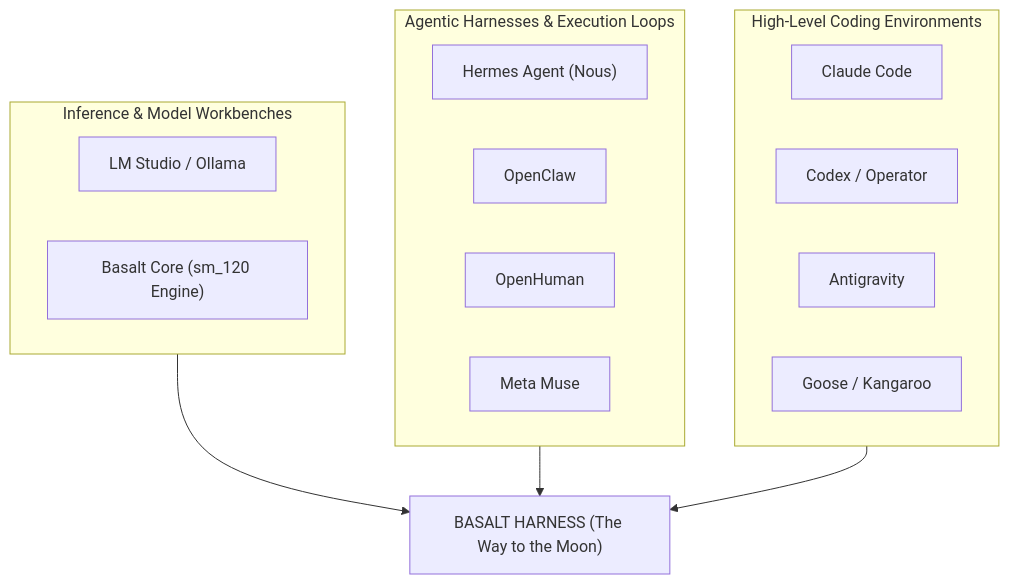
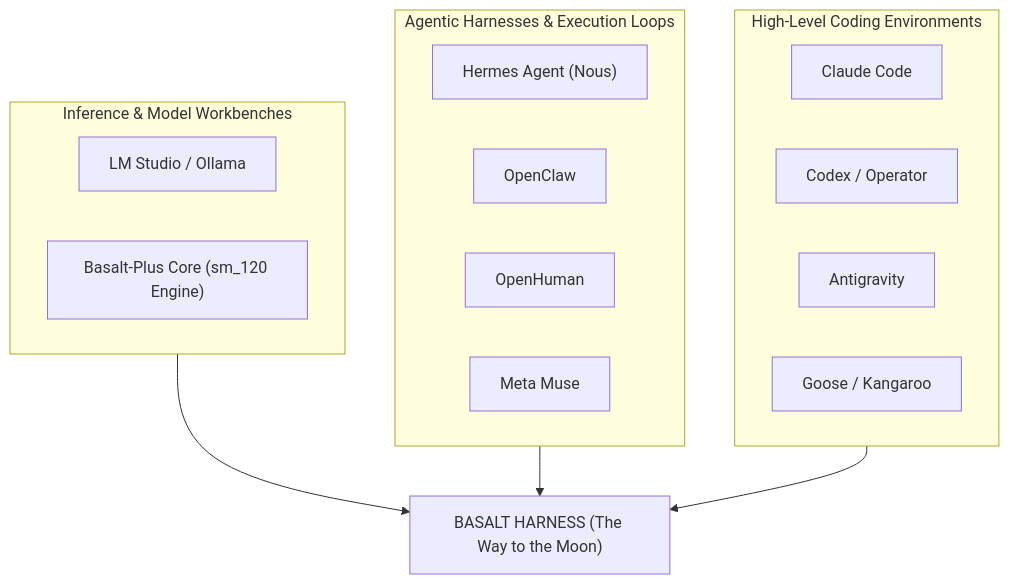
Before and after one commit to nuspy/tadamoo: the first of 7 diagrams in the_way_to_the_moon.ORIGINALE.md, drawn with Mermaid. The commit also changed other lines of this file and 163 other files, not shown here.

First line of the commit message:
rename: the product name in prose becomes TaDaMoo and the engine's becomes Basalt-Plus

````diff
--- a/the_way_to_the_moon.ORIGINALE.md
+++ b/the_way_to_the_moon.ORIGINALE.md
@@ -60,26 +60,26 @@
 ```mermaid
 graph TD
     subgraph Inference_Workbenches ["Inference & Model Workbenches"]
         LM["LM Studio / Ollama"]
-        BAS["Basalt Core (sm_120 Engine)"]
+        BAS["Basalt-Plus Core (sm_120 Engine)"]
     end
 
     subgraph Autonomous_Harnesses ["Agentic Harnesses & Execution Loops"]
         HER["Hermes Agent (Nous)"]
         CLAW["OpenClaw"]
         OH["OpenHuman"]
         MUSE["Meta Muse"]
     end
 
     subgraph Coding_Platforms ["High-Level Coding Environments"]
         CC["Claude Code"]
         CDX["Codex / Operator"]
         AGY["Antigravity"]
         GOO["Goose / Kangaroo"]
     end
 
     TARGET["BASALT HARNESS (The Way to the Moon)"]
     Inference_Workbenches --> TARGET
     Autonomous_Harnesses --> TARGET
     Coding_Platforms --> TARGET
 ```
````
